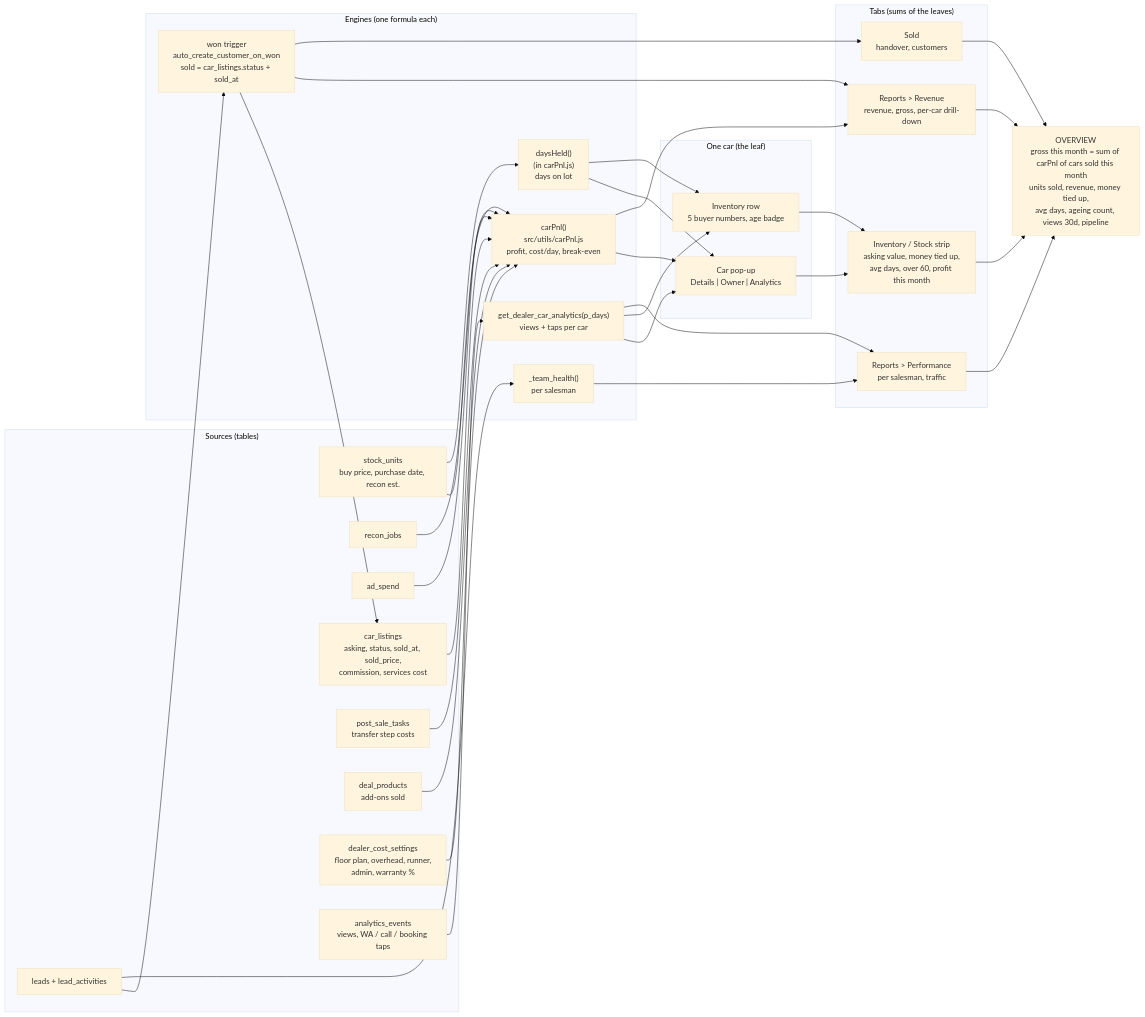
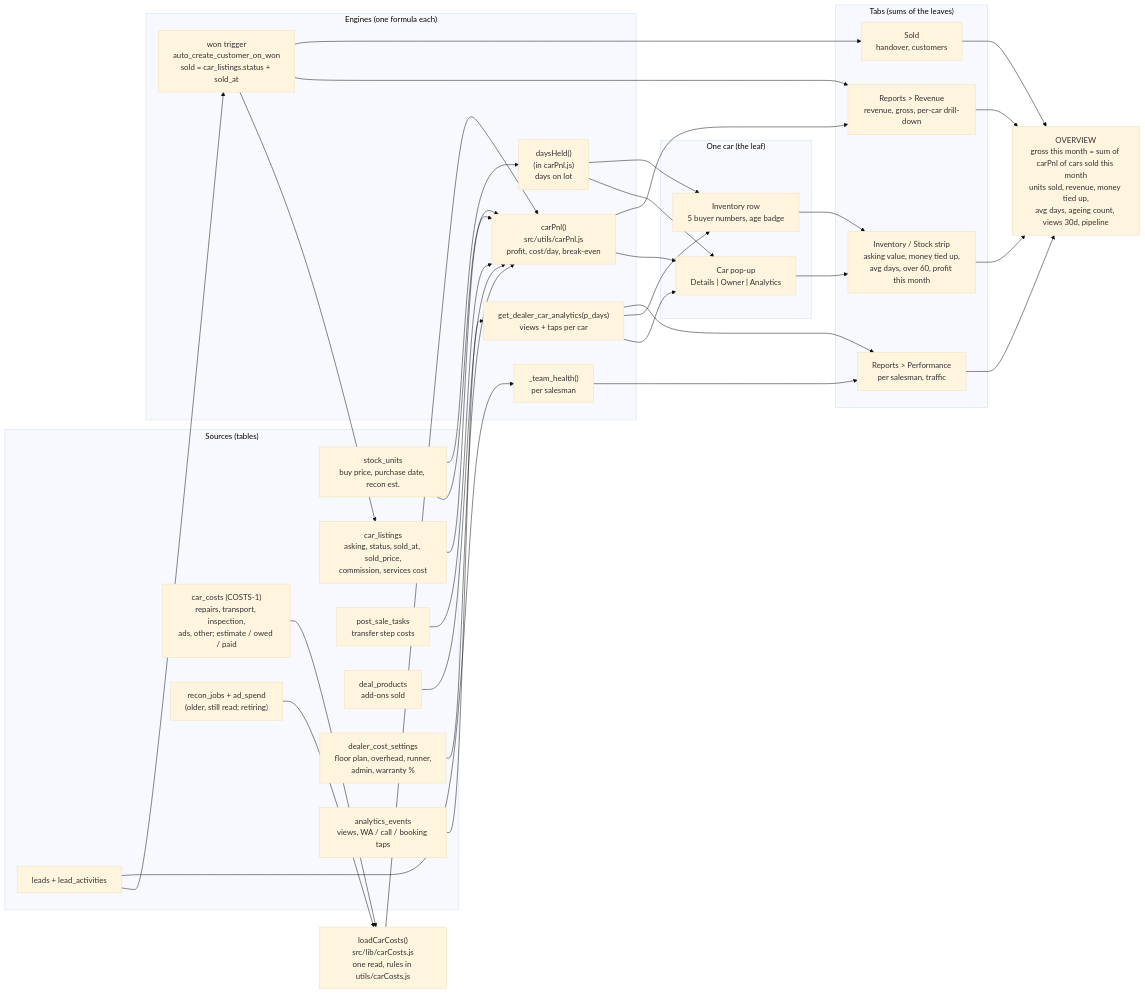
The seventh of 7 diagrams in docs/ARCHITECTURE.md (auzyvyth/ShiftOS), drawn with Mermaid (base theme) before and after one commit. The commit also changed other lines of this file and 62 other files, not shown here.

````diff
--- a/docs/ARCHITECTURE.md
+++ b/docs/ARCHITECTURE.md
@@ -266,67 +266,68 @@
 ```mermaid
 flowchart LR
   subgraph SRC["Sources (tables)"]
     SU["stock_units<br/>buy price, purchase date, recon est."]
-    RJ["recon_jobs"]
-    AD["ad_spend"]
+    CC["car_costs (COSTS-1)<br/>repairs, transport, inspection,<br/>ads, other; estimate / owed / paid"]
+    RJ["recon_jobs + ad_spend<br/>(older, still read; retiring)"]
     CL["car_listings<br/>asking, status, sold_at, sold_price,<br/>commission, services cost"]
     PST["post_sale_tasks<br/>transfer step costs"]
     DP["deal_products<br/>add-ons sold"]
     DCS["dealer_cost_settings<br/>floor plan, overhead, runner,<br/>admin, warranty %"]
     AE["analytics_events<br/>views, WA / call / booking taps"]
     LD["leads + lead_activities"]
   end
 
   subgraph ENG["Engines (one formula each)"]
     PNL["carPnl()<br/>src/utils/carPnl.js<br/>profit, cost/day, break-even"]
     DAYS["daysHeld()<br/>(in carPnl.js)<br/>days on lot"]
     TRAF["get_dealer_car_analytics(p_days)<br/>views + taps per car"]
     SOLD["won trigger<br/>auto_create_customer_on_won<br/>sold = car_listings.status + sold_at"]
     TEAM["_team_health()<br/>per salesman"]
   end
 
   SU --> PNL
-  RJ --> PNL
-  AD --> PNL
+  CC --> LCC["loadCarCosts()<br/>src/lib/carCosts.js<br/>one read, rules in utils/carCosts.js"]
+  RJ --> LCC
+  LCC --> PNL
   CL --> PNL
   PST --> PNL
   DP --> PNL
   DCS --> PNL
   SU --> DAYS
   AE --> TRAF
   LD --> SOLD
   SOLD --> CL
   LD --> TEAM
 
   subgraph CAR["One car (the leaf)"]
     POP["Car pop-up<br/>Details | Owner | Analytics"]
     ROW["Inventory row<br/>5 buyer numbers, age badge"]
   end
 
   PNL --> POP
   DAYS --> POP
   TRAF --> POP
   TRAF --> ROW
   DAYS --> ROW
 
   subgraph TABS["Tabs (sums of the leaves)"]
     INV["Inventory / Stock strip<br/>asking value, money tied up,<br/>avg days, over 60, profit this month"]
     REV["Reports > Revenue<br/>revenue, gross, per-car drill-down"]
     PERF["Reports > Performance<br/>per salesman, traffic"]
     SOLDT["Sold<br/>handover, customers"]
   end
 
   POP --> INV
   ROW --> INV
   PNL --> REV
   SOLD --> REV
   TEAM --> PERF
   TRAF --> PERF
   SOLD --> SOLDT
 
   OV["OVERVIEW<br/>gross this month = sum of carPnl of cars sold this month<br/>units sold, revenue, money tied up,<br/>avg days, ageing count, views 30d, pipeline"]
   INV --> OV
   REV --> OV
   PERF --> OV
   SOLDT --> OV
 ```
````
